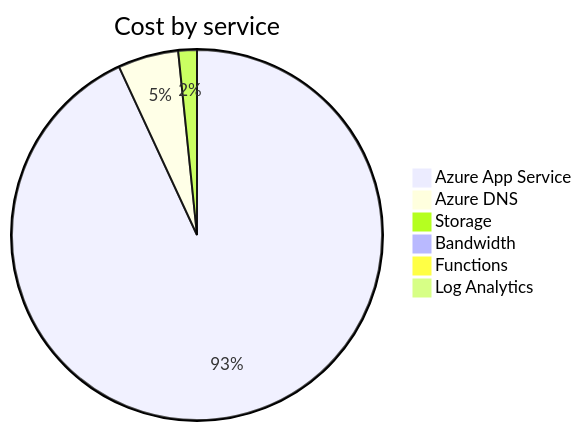
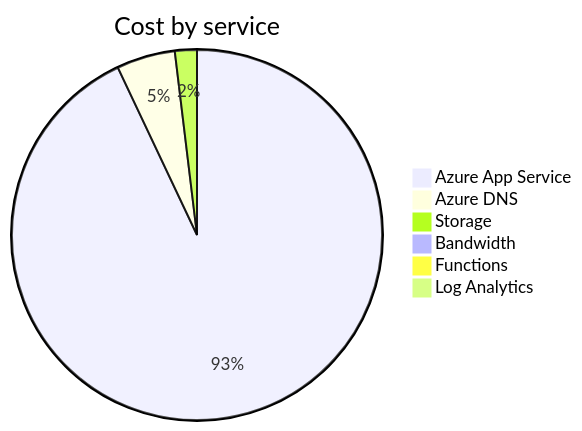
One commit to jpfulton/azure-personal-reports changed the second of 4 diagrams in cost-reports/accumulated-cost.md. Above: the diagram before and after it, drawn with Mermaid. The commit also changed other lines of this file and 4 other files, not shown here.

````diff
--- a/cost-reports/accumulated-cost.md
+++ b/cost-reports/accumulated-cost.md
@@ -100,10 +100,10 @@
 ```mermaid
 pie
    title Cost by service
-   "Azure App Service" : 2.29
-   "Azure DNS" : 0.13
-   "Storage" : 0.04
+   "Azure App Service" : 2.91
+   "Azure DNS" : 0.16
+   "Storage" : 0.06
    "Bandwidth" : 0.00
    "Functions" : 0.00
    "Log Analytics" : 0.00
 ```
````
